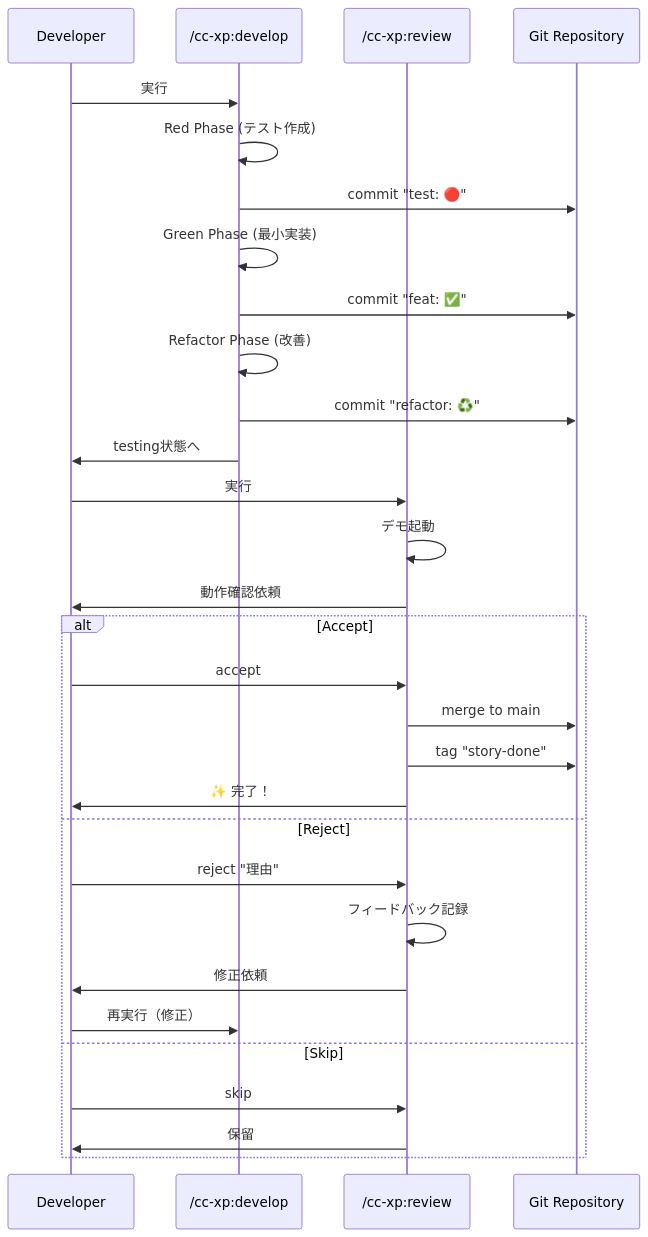
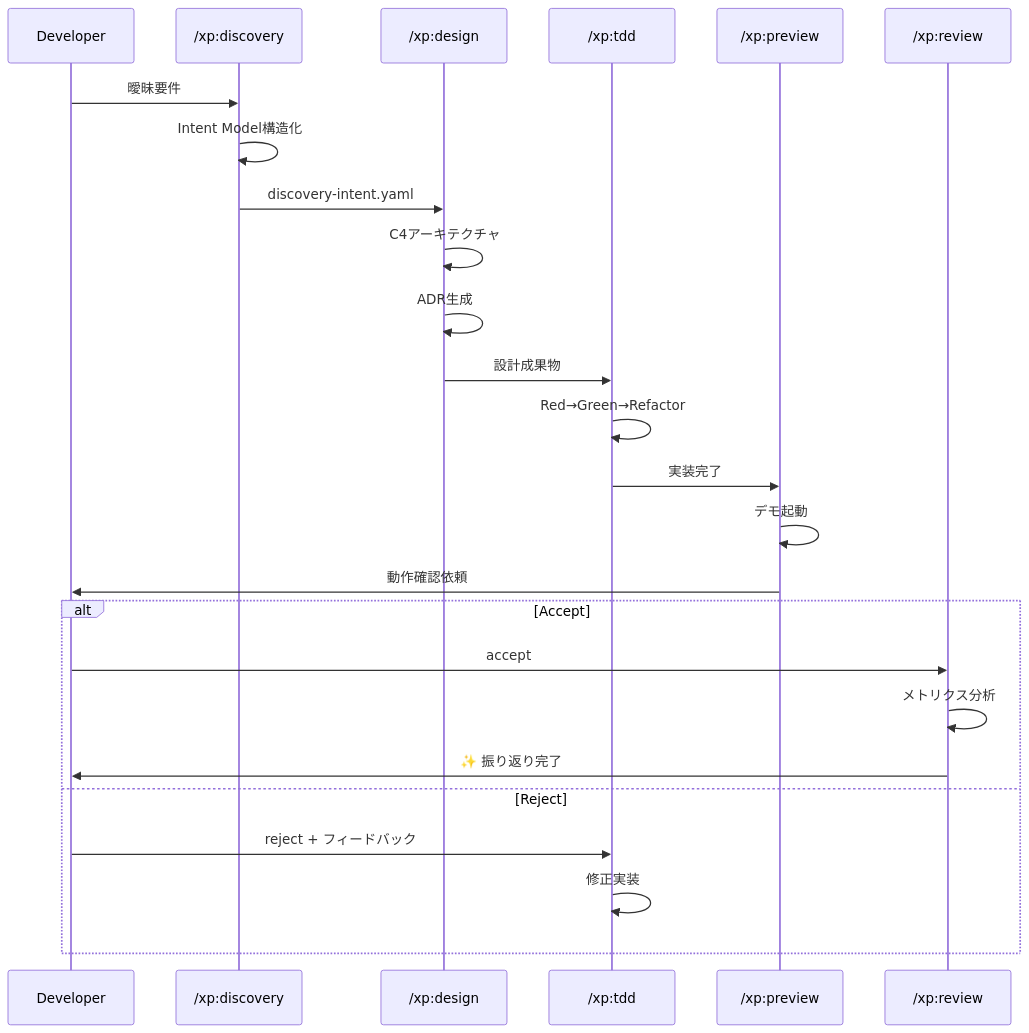
Before and after one commit to B16B1RD/cc-xp-kit: the fourth of 6 diagrams in README.md, drawn with Mermaid. The commit also changed other lines of this file and 37 other files, not shown here.

````diff
--- a/README.md
+++ b/README.md
@@ -135,35 +143,32 @@
 ```mermaid
 sequenceDiagram
     participant Dev as Developer
-    participant D as /cc-xp:develop
-    participant R as /cc-xp:review
-    participant Git as Git Repository
+    participant Discovery as /xp:discovery
+    participant Design as /xp:design
+    participant TDD as /xp:tdd
+    participant Preview as /xp:preview
+    participant Review as /xp:review
     
-    Dev->>D: 実行
-    D->>D: Red Phase (テスト作成)
-    D->>Git: commit "test: 🔴"
-    D->>D: Green Phase (最小実装)
-    D->>Git: commit "feat: ✅"
-    D->>D: Refactor Phase (改善)
-    D->>Git: commit "refactor: ♻️"
-    D->>Dev: testing状態へ
+    Dev->>Discovery: 曖昧要件
+    Discovery->>Discovery: Intent Model構造化
+    Discovery->>Design: discovery-intent.yaml
     
-    Dev->>R: 実行
-    R->>R: デモ起動
-    R->>Dev: 動作確認依頼
+    Design->>Design: C4アーキテクチャ
+    Design->>Design: ADR生成
+    Design->>TDD: 設計成果物
+    
+    TDD->>TDD: Red→Green→Refactor
+    TDD->>Preview: 実装完了
+    
+    Preview->>Preview: デモ起動
+    Preview->>Dev: 動作確認依頼
     
     alt Accept
-        Dev->>R: accept
-        R->>Git: merge to main
-        R->>Git: tag "story-done"
-        R->>Dev: ✨ 完了！
+        Dev->>Review: accept
+        Review->>Review: メトリクス分析
+        Review->>Dev: ✨ 振り返り完了
     else Reject
-        Dev->>R: reject "理由"
-        R->>R: フィードバック記録
-        R->>Dev: 修正依頼
-        Dev->>D: 再実行（修正）
-    else Skip
-        Dev->>R: skip
-        R->>Dev: 保留
+        Dev->>TDD: reject + フィードバック
+        TDD->>TDD: 修正実装
     end
 ```
````
